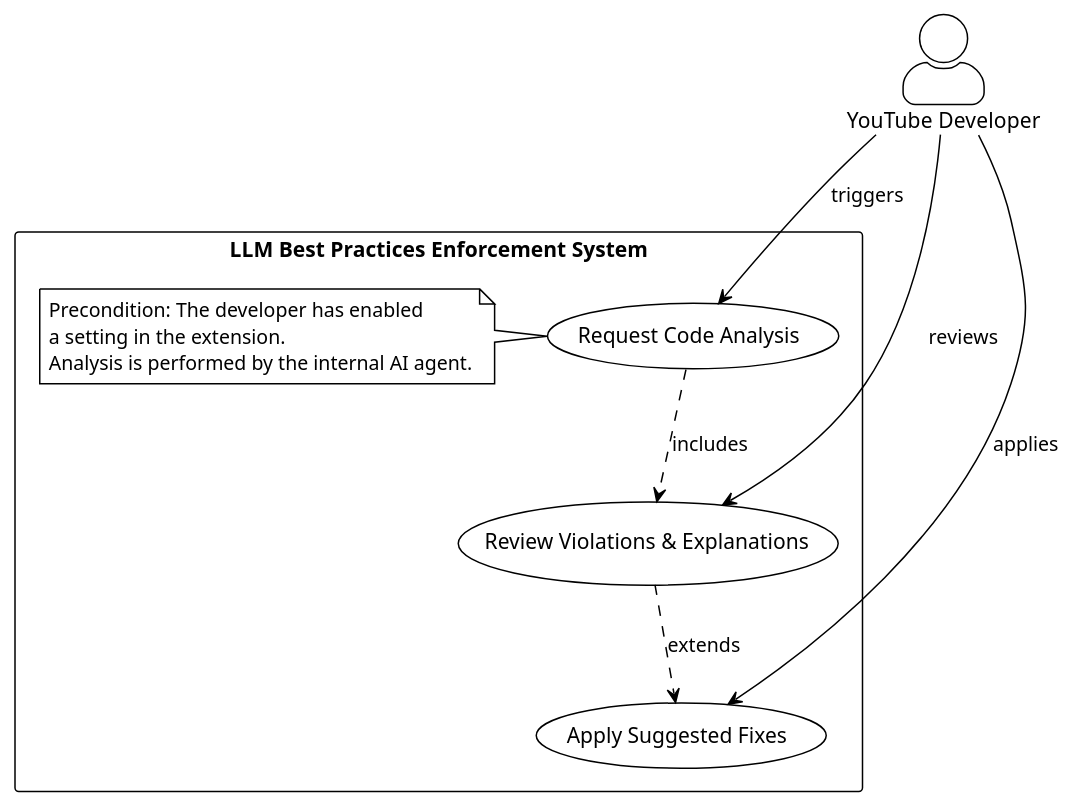
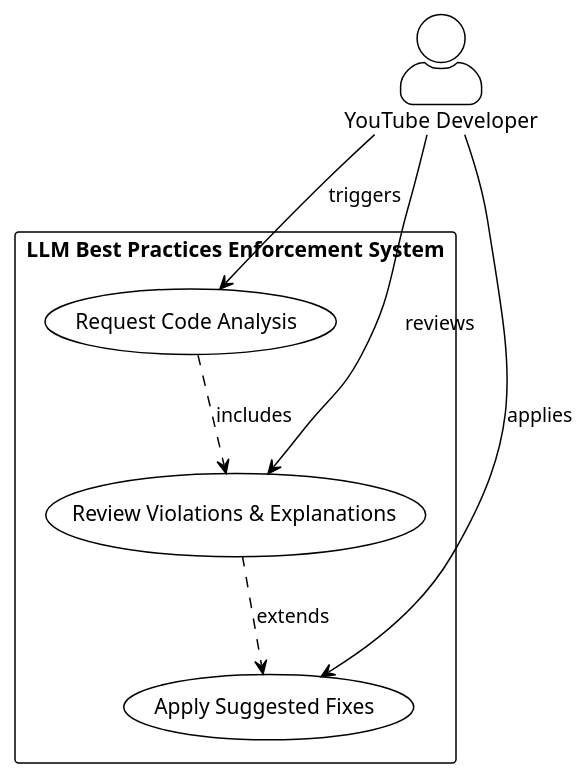
Before and after one commit to ArijKouki/PFE_Report: the diagram in Chapitre3/diagrams/use_case_diagram.puml, drawn with PlantUML. The commit also changed 21 other files, not shown here.

```diff
--- a/Chapitre3/diagrams/use_case_diagram.puml
+++ b/Chapitre3/diagrams/use_case_diagram.puml
@@ -1,30 +1,25 @@
 @startuml UseCaseDiagram
 !theme plain
 skinparam backgroundColor white
 skinparam actorStyle awesome
 
 actor "YouTube Developer" as Dev
 
 rectangle "LLM Best Practices Enforcement System" {
   
   usecase "Request Code Analysis" as UC1
-  note left of UC1
-    Precondition: The developer has enabled
-    a setting in the extension.
-    Analysis is performed by the internal AI agent.
-  end note
   
   usecase "Review Violations & Explanations" as UC2
   usecase "Apply Suggested Fixes" as UC3
 }
 
 ' Primary actor relationships
 Dev --> UC1 : triggers
 Dev --> UC2 : reviews
 Dev --> UC3 : applies
 
 ' Relationships between use cases
 UC1 ..> UC2 : includes
 UC2 ..> UC3 : extends
 
 @enduml
```
